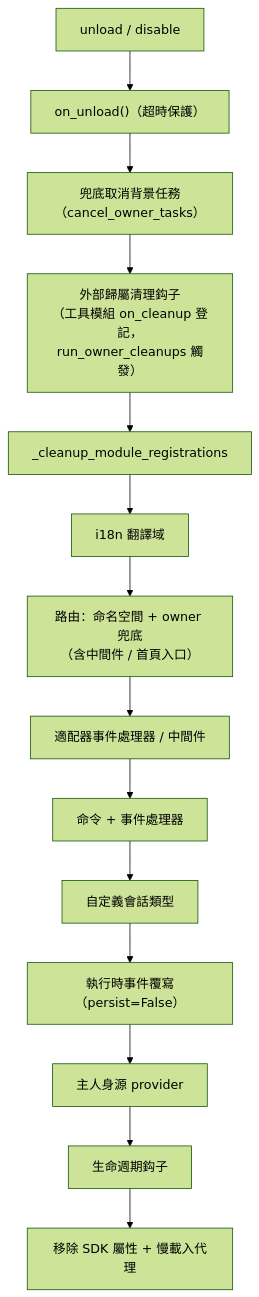
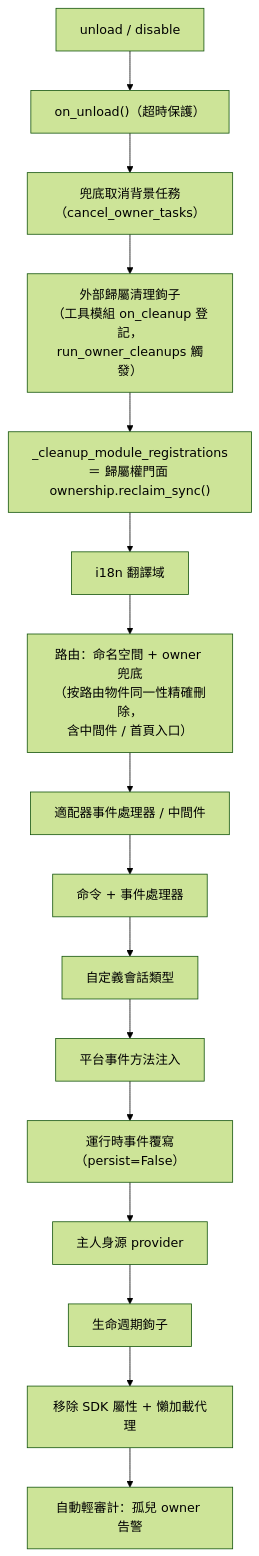
One commit to ErisPulse/ErisPulse changed the diagram in docs/zh-TW/advanced/ownership.md. Above: the diagram before and after it, drawn with Mermaid (forest theme). The commit also changed other lines of this file and 47 other files, not shown here.

````diff
--- a/docs/zh-TW/advanced/ownership.md
+++ b/docs/zh-TW/advanced/ownership.md
@@ -79,16 +79,18 @@
 ```mermaid
 flowchart TD
     A["unload / disable"] --> B["on_unload()（超時保護）"]
     B --> C["兜底取消背景任務（cancel_owner_tasks）"]
-    C --> C1["外部歸屬清理鈎子<br/>（工具模組 on_cleanup 登記，run_owner_cleanups 觸發）"]
-    C1 --> D["_cleanup_module_registrations"]
+    C --> C1["外部歸屬清理鉤子<br/>（工具模組 on_cleanup 登記，run_owner_cleanups 觸發）"]
+    C1 --> D["_cleanup_module_registrations<br/>＝ 歸屬權門面 ownership.reclaim_sync()"]
     D --> D1["i18n 翻譯域"]
-    D1 --> D2["路由：命名空間 + owner 兜底<br/>（含中間件 / 首頁入口）"]
+    D1 --> D2["路由：命名空間 + owner 兜底<br/>（按路由物件同一性精確刪除，<br/>含中間件 / 首頁入口）"]
     D2 --> D3["適配器事件處理器 / 中間件"]
     D3 --> D4["命令 + 事件處理器"]
     D4 --> D5["自定義會話類型"]
-    D5 --> D6["執行時事件覆寫（persist=False）"]
+    D5 --> D5b["平台事件方法注入"]
+    D5b --> D6["運行時事件覆寫（persist=False）"]
     D6 --> D7["主人身源 provider"]
-    D7 --> D8["生命週期鈎子"]
-    D8 --> E["移除 SDK 屬性 + 慢載入代理"]
+    D7 --> D8["生命週期鉤子"]
+    D8 --> E["移除 SDK 屬性 + 懶加載代理"]
+    E --> F["自動輕審計：孤兒 owner 告警"]
 ```
````
